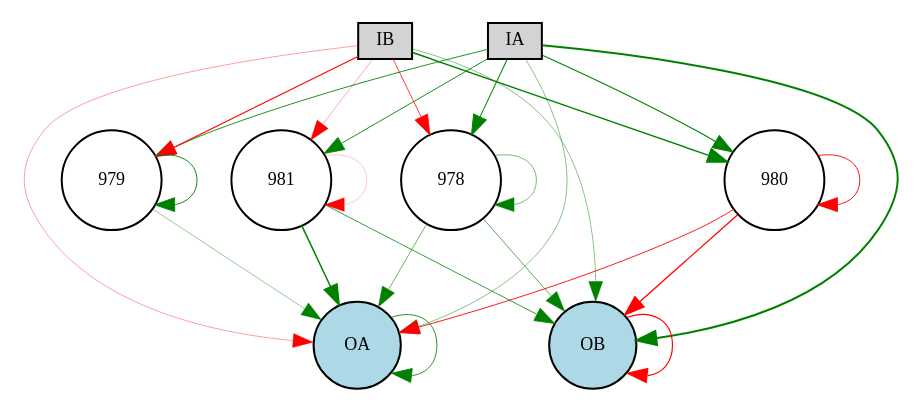
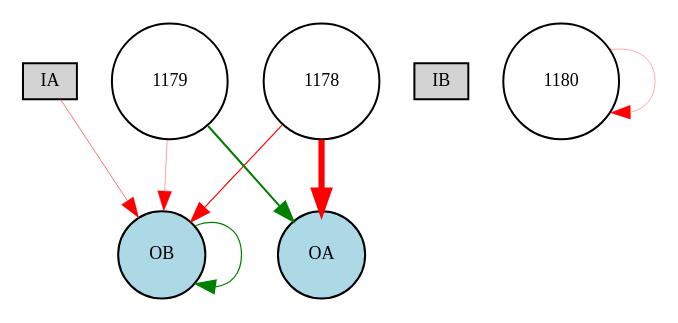
The diagram in source/cont_exp/Digraph.gv (danxan/neuromorphic-evolution), drawn with Graphviz before and after one commit. The commit also changed 8 other files, not shown here.

```diff
--- a/source/cont_exp/Digraph.gv
+++ b/source/cont_exp/Digraph.gv
@@ -1,36 +1,16 @@
 digraph {
 	node [fontsize=9 height=0.2 shape=circle width=0.2]
 	IA [fillcolor=lightgray shape=box style=filled]
 	IB [fillcolor=lightgray shape=box style=filled]
 	OA [fillcolor=lightblue style=filled]
 	OB [fillcolor=lightblue style=filled]
-	978 [fillcolor=white style=filled]
-	979 [fillcolor=white style=filled]
-	980 [fillcolor=white style=filled]
-	981 [fillcolor=white style=filled]
-	IA -> 978 [color=green penwidth=0.506726795586778 style=solid]
-	IA -> 979 [color=green penwidth=0.442040756227555 style=solid]
-	IA -> 980 [color=green penwidth=0.5275951984070478 style=solid]
-	IA -> 981 [color=green penwidth=0.4499880775148789 style=solid]
-	IB -> 978 [color=red penwidth=0.37070596014533685 style=solid]
-	IB -> 979 [color=red penwidth=0.5652013074870367 style=solid]
-	IB -> 980 [color=green penwidth=0.7140516815968917 style=solid]
-	IB -> 981 [color=red penwidth=0.1742066491871747 style=solid]
-	978 -> OA [color=green penwidth=0.29194693513263703 style=solid]
-	978 -> OB [color=green penwidth=0.32734517308642974 style=solid]
-	979 -> OA [color=green penwidth=0.20794032844062943 style=solid]
-	980 -> OA [color=red penwidth=0.4474496447329265 style=solid]
-	980 -> OB [color=red penwidth=0.6486173641782146 style=solid]
-	981 -> OA [color=green penwidth=0.7648669649917849 style=solid]
-	981 -> OB [color=green penwidth=0.38741146898346557 style=solid]
-	IA -> OA [color=green penwidth=0.23528232132752958 style=solid]
-	IA -> OB [color=green penwidth=0.9928851166544664 style=solid]
-	IB -> OA [color=red penwidth=0.19236391155735344 style=solid]
-	IB -> OB [color=green penwidth=0.23138960438941675 style=solid]
-	OA -> OA [color=green penwidth=0.426099669639353 style=solid]
-	OB -> OB [color=red penwidth=0.5744116028955235 style=solid]
-	978 -> 978 [color=green penwidth=0.26783973176598247 style=solid]
-	979 -> 979 [color=green penwidth=0.46372156141456544 style=solid]
-	980 -> 980 [color=red penwidth=0.4602656297983503 style=solid]
-	981 -> 981 [color=red penwidth=0.11360254443415499 style=solid]
+	1178 [fillcolor=white style=filled]
+	1179 [fillcolor=white style=filled]
+	1178 -> OA [color=red penwidth=3.1 style=solid]
+	1178 -> OB [color=red penwidth=0.6036924674461743 style=solid]
+	1179 -> OA [color=green penwidth=1.0239590617261605 style=solid]
+	1179 -> OB [color=red penwidth=0.1938425891929179 style=solid]
+	IA -> OB [color=red penwidth=0.28248702485303157 style=solid]
+	OB -> OB [color=green penwidth=0.6053018794588056 style=solid]
+	1180 -> 1180 [color=red penwidth=0.17183624102608847 style=solid]
 }
```
